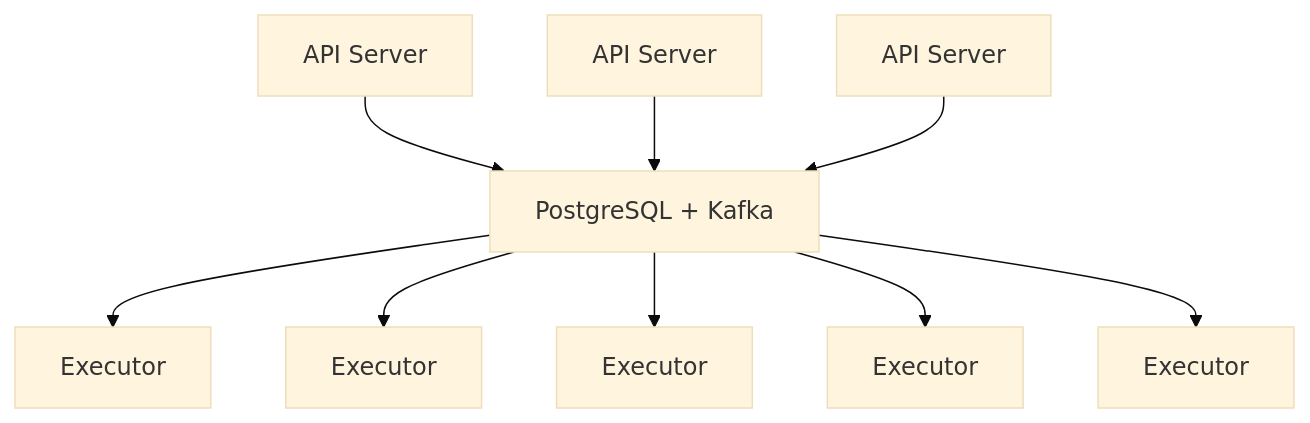
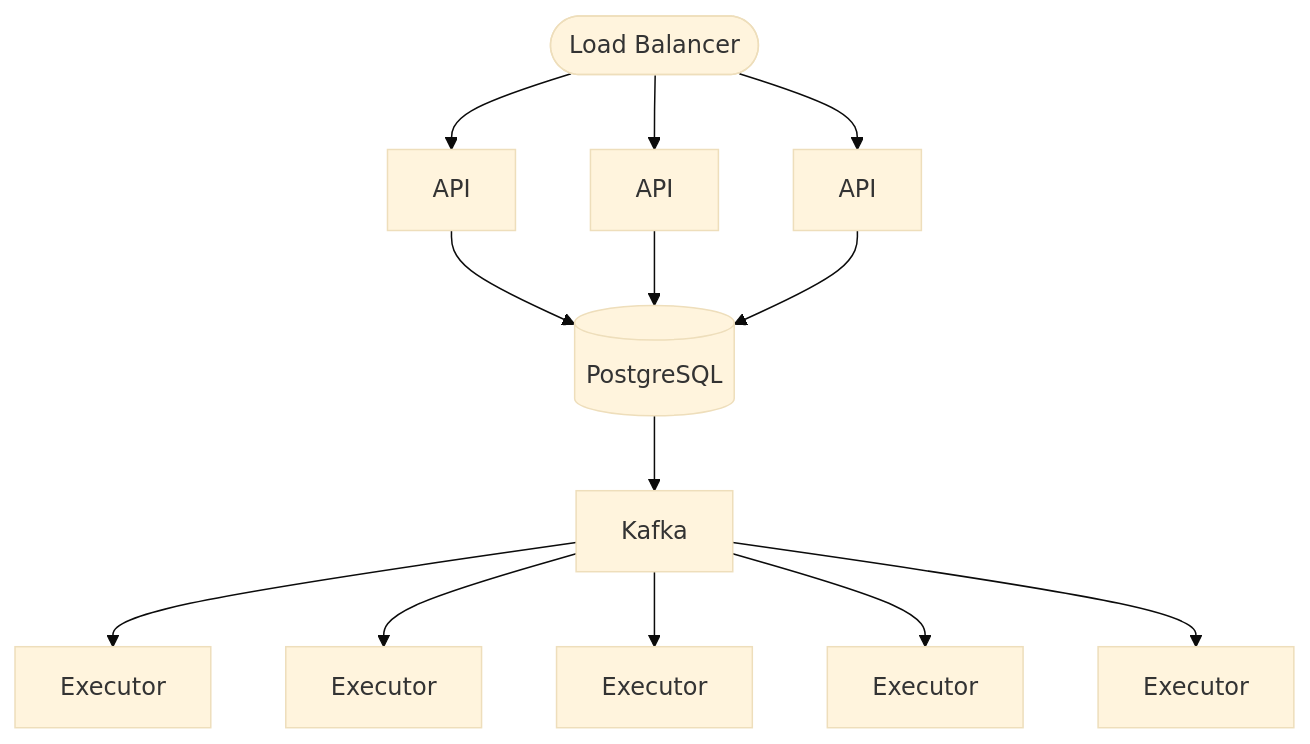
Before and after one commit to tbotnz/netpalm: the sixth of 6 diagrams in README.md, drawn with Mermaid (base theme). The commit also changed other lines of this file and 2 other files, not shown here.

````diff
--- a/README.md
+++ b/README.md
@@ -312,9 +299,12 @@
 ```mermaid
 graph TB
-    A1["API Server"] & A2["API Server"] & A3["API Server"]
-    DB["PostgreSQL + Kafka"]
+    LB(["Load Balancer"])
+    A1["API"] & A2["API"] & A3["API"]
+    DB[("PostgreSQL")] & K["Kafka"]
     E1["Executor"] & E2["Executor"] & E3["Executor"] & E4["Executor"] & E5["Executor"]
 
+    LB --> A1 & A2 & A3
     A1 & A2 & A3 --> DB
-    DB --> E1 & E2 & E3 & E4 & E5
+    DB --> K
+    K --> E1 & E2 & E3 & E4 & E5
 ```
````
